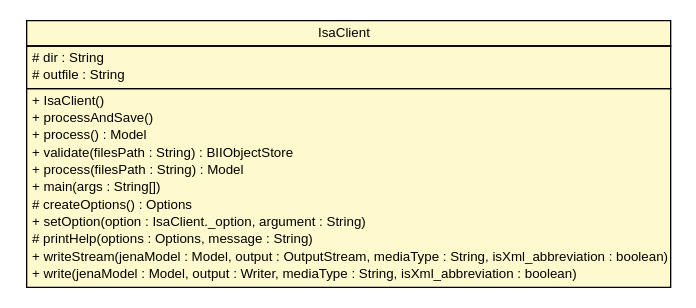
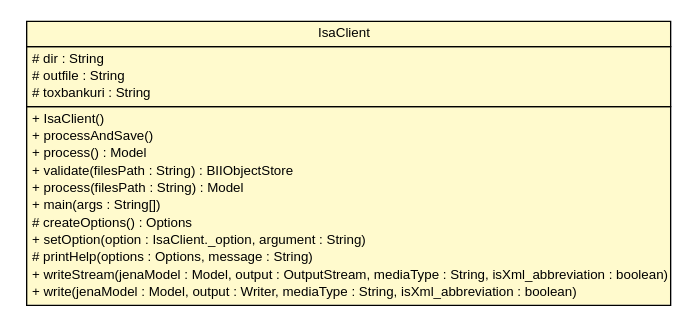
One commit to ToxBank/isa2rdf changed the diagram in apidocs/org/isa2rdf/cli/IsaClient.dot. Above: the diagram before and after it, drawn with Graphviz. The commit also changed 54 other files, not shown here.

```diff
--- a/apidocs/org/isa2rdf/cli/IsaClient.dot
+++ b/apidocs/org/isa2rdf/cli/IsaClient.dot
@@ -1,33 +1,34 @@
 #!/usr/local/bin/dot
 #
 # Class diagram 
 # Generated by UmlGraph version 4.6 (http://www.spinellis.gr/sw/umlgraph)
 #
 
 digraph G {
 	edge [fontname="arial",fontsize=10,labelfontname="arial",labelfontsize=10];
 	node [fontname="arial",fontsize=10,shape=plaintext];
 	// org.isa2rdf.cli.IsaClient
 	c14 [label=<<table border="0" cellborder="1" cellspacing="0" cellpadding="2" port="p" bgcolor="lemonChiffon" href="./IsaClient.html">
 		<tr><td><table border="0" cellspacing="0" cellpadding="1">
 			<tr><td> IsaClient </td></tr>
 		</table></td></tr>
 		<tr><td><table border="0" cellspacing="0" cellpadding="1">
 			<tr><td align="left"> # dir : String </td></tr>
 			<tr><td align="left"> # outfile : String </td></tr>
+			<tr><td align="left"> # toxbankuri : String </td></tr>
 		</table></td></tr>
 		<tr><td><table border="0" cellspacing="0" cellpadding="1">
 			<tr><td align="left"> + IsaClient() </td></tr>
 			<tr><td align="left"> + processAndSave() </td></tr>
 			<tr><td align="left"> + process() : Model </td></tr>
 			<tr><td align="left"> + validate(filesPath : String) : BIIObjectStore </td></tr>
 			<tr><td align="left"> + process(filesPath : String) : Model </td></tr>
 			<tr><td align="left"> + main(args : String[]) </td></tr>
 			<tr><td align="left"> # createOptions() : Options </td></tr>
 			<tr><td align="left"> + setOption(option : IsaClient._option, argument : String) </td></tr>
 			<tr><td align="left"> # printHelp(options : Options, message : String) </td></tr>
 			<tr><td align="left"> + writeStream(jenaModel : Model, output : OutputStream, mediaType : String, isXml_abbreviation : boolean) </td></tr>
 			<tr><td align="left"> + write(jenaModel : Model, output : Writer, mediaType : String, isXml_abbreviation : boolean) </td></tr>
 		</table></td></tr>
 		</table>>, fontname="arial", fontcolor="black", fontsize=10.0];
 }
```
